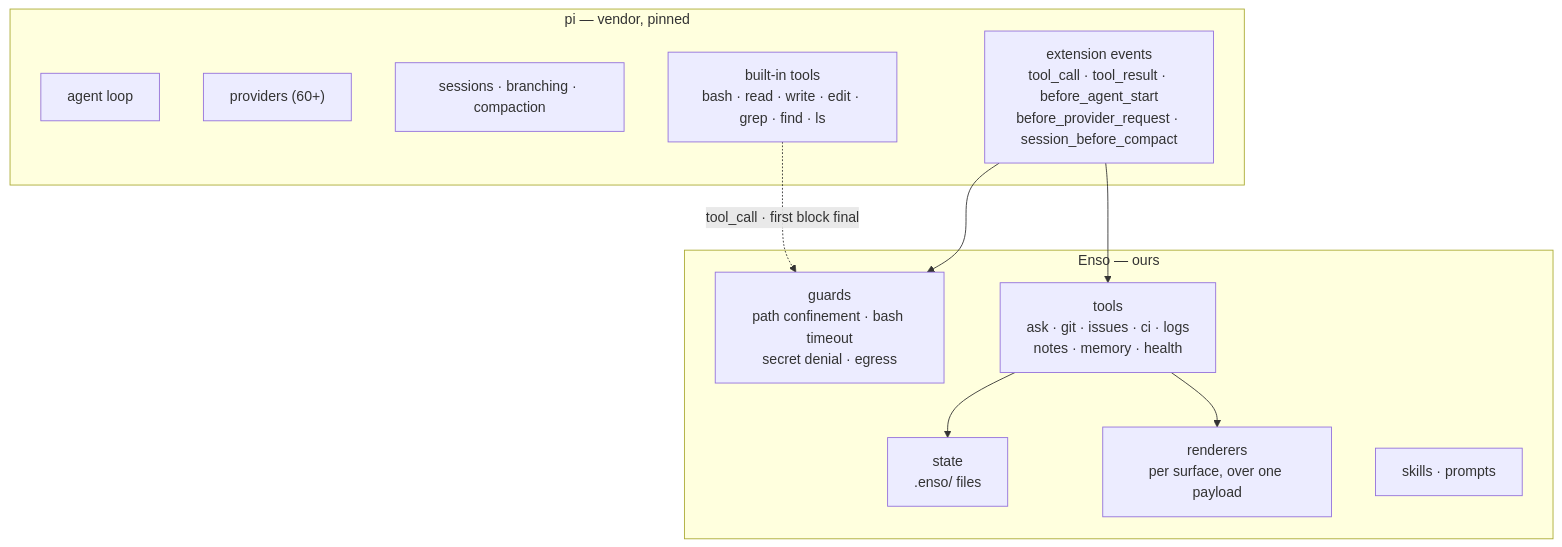
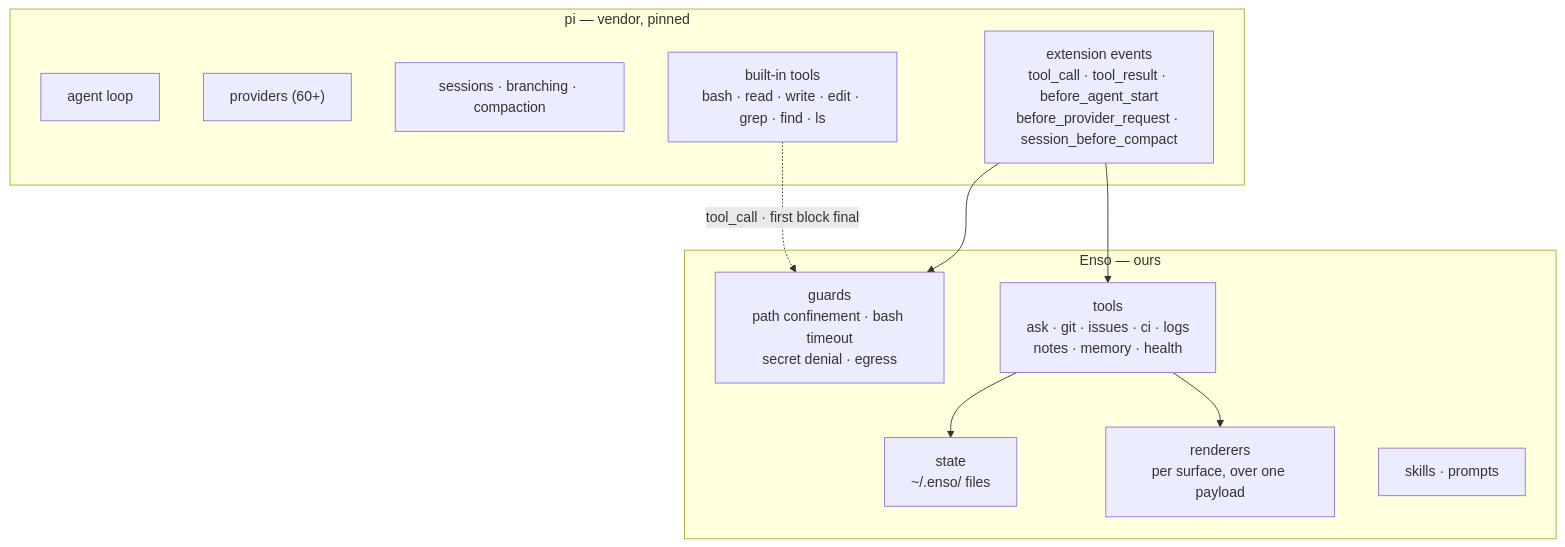
Before and after one commit to dopamine911/enso-harness: the second of 6 diagrams in docs/architecture.md, drawn with Mermaid. The commit also changed other lines of this file and 34 other files, not shown here.

````diff
--- a/docs/architecture.md
+++ b/docs/architecture.md
@@ -76,24 +76,24 @@
 ```mermaid
 graph TB
   subgraph pi["pi — vendor, pinned"]
     L["agent loop"]
     P["providers (60+)"]
     S["sessions · branching · compaction"]
     BT["built-in tools<br/>bash · read · write · edit · grep · find · ls"]
     EV["extension events<br/>tool_call · tool_result · before_agent_start<br/>before_provider_request · session_before_compact"]
   end
 
   subgraph Enso["Enso — ours"]
     G["guards<br/>path confinement · bash timeout<br/>secret denial · egress"]
     T["tools<br/>ask · git · issues · ci · logs<br/>notes · memory · health"]
     R["renderers<br/>per surface, over one payload"]
-    ST["state<br/>.enso/ files"]
+    ST["state<br/>~/.enso/ files"]
     SK["skills · prompts"]
   end
 
   EV --> G
   EV --> T
   BT -.->|"tool_call · first block final"| G
   T --> ST
   T --> R
 ```
````
